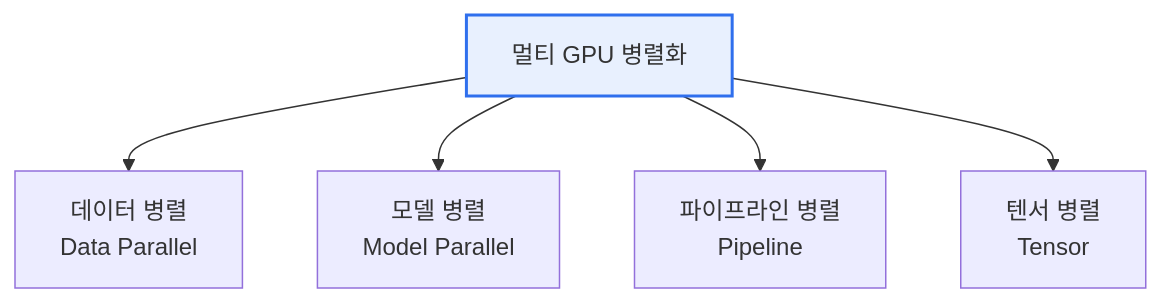
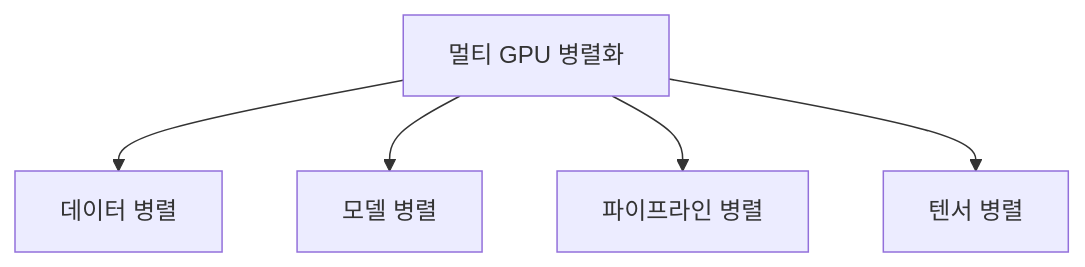
The diagram in content/multi-gpu.md (coninggu/wjdqhrhksflrltnftk), drawn with Mermaid before and after one commit. The commit also changed other lines of this file and 28 other files, not shown here.

````diff
--- a/content/multi-gpu.md
+++ b/content/multi-gpu.md
@@ -17,8 +19,7 @@
 ```mermaid
 flowchart TB
-  P[멀티 GPU 병렬화] --> D[데이터 병렬<br/>Data Parallel]
-  P --> M[모델 병렬<br/>Model Parallel]
-  P --> PP[파이프라인 병렬<br/>Pipeline]
-  P --> T[텐서 병렬<br/>Tensor]
-  style P fill:#e8f0fe,stroke:#2f6fed,stroke-width:2px
+  P[멀티 GPU 병렬화] --> D[데이터 병렬]
+  P --> M[모델 병렬]
+  P --> PP[파이프라인 병렬]
+  P --> T[텐서 병렬]
 ```
````
